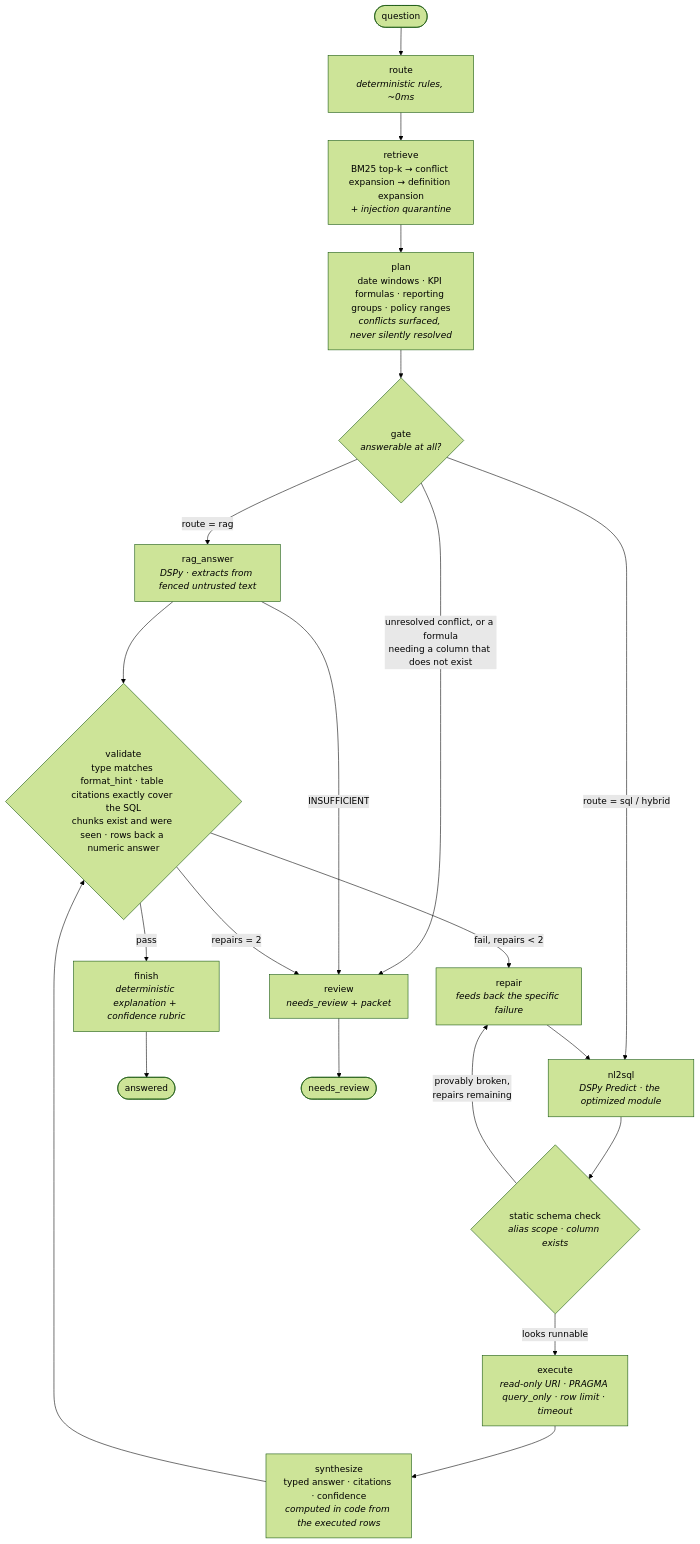
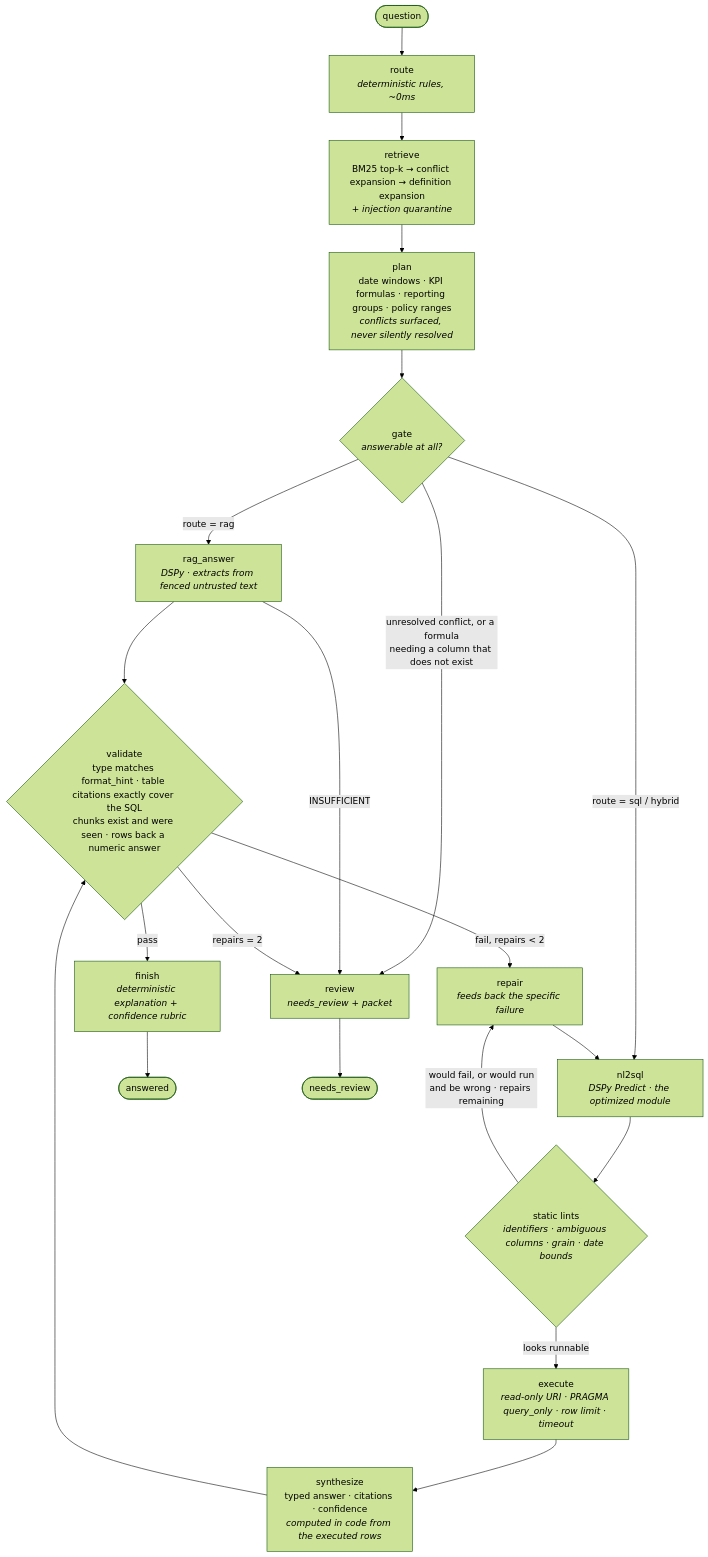
One commit to kohsheen1234/retail-analytics-copilot changed the diagram in README.md. Above: the diagram before and after it, drawn with Mermaid (forest theme). The commit also changed other lines of this file and 36 other files, not shown here.

````diff
--- a/README.md
+++ b/README.md
@@ -38,29 +57,29 @@
 ```mermaid
 graph TD
     Start([question]) --> Route["route<br/><i>deterministic rules, ~0ms</i>"]
     Route --> Retrieve["retrieve<br/>BM25 top-k → conflict expansion → definition expansion<br/><i>+ injection quarantine</i>"]
     Retrieve --> Plan["plan<br/>date windows · KPI formulas · reporting groups · policy ranges<br/><i>conflicts surfaced, never silently resolved</i>"]
     Plan --> Gate{"gate<br/><i>answerable at all?</i>"}
 
     Gate -->|"unresolved conflict, or a formula<br/>needing a column that does not exist"| Review
     Gate -->|"route = rag"| Doc["rag_answer<br/><i>DSPy · extracts from fenced untrusted text</i>"]
     Gate -->|"route = sql / hybrid"| NL2SQL["nl2sql<br/><i>DSPy Predict · the optimized module</i>"]
 
     Doc -->|"INSUFFICIENT"| Review
     Doc --> Validate
 
-    NL2SQL --> Static{"static schema check<br/><i>alias scope · column exists</i>"}
-    Static -->|"provably broken,<br/>repairs remaining"| Repair
+    NL2SQL --> Static{"static lints<br/><i>identifiers · ambiguous columns · grain · date bounds</i>"}
+    Static -->|"would fail, or would run<br/>and be wrong · repairs remaining"| Repair
     Static -->|"looks runnable"| Execute["execute<br/><i>read-only URI · PRAGMA query_only · row limit · timeout</i>"]
 
     Execute --> Synth["synthesize<br/>typed answer · citations · confidence<br/><i>computed in code from the executed rows</i>"]
     Synth --> Validate{"validate<br/>type matches format_hint · table citations exactly cover the SQL<br/>chunks exist and were seen · rows back a numeric answer"}
 
     Validate -->|"pass"| Finish["finish<br/><i>deterministic explanation + confidence rubric</i>"]
     Validate -->|"fail, repairs &lt; 2"| Repair["repair<br/><i>feeds back the specific failure</i>"]
     Validate -->|"repairs = 2"| Review["review<br/><i>needs_review + packet</i>"]
 
     Repair --> NL2SQL
     Finish --> Answered([answered])
     Review --> Escalated([needs_review])
 ```
````
